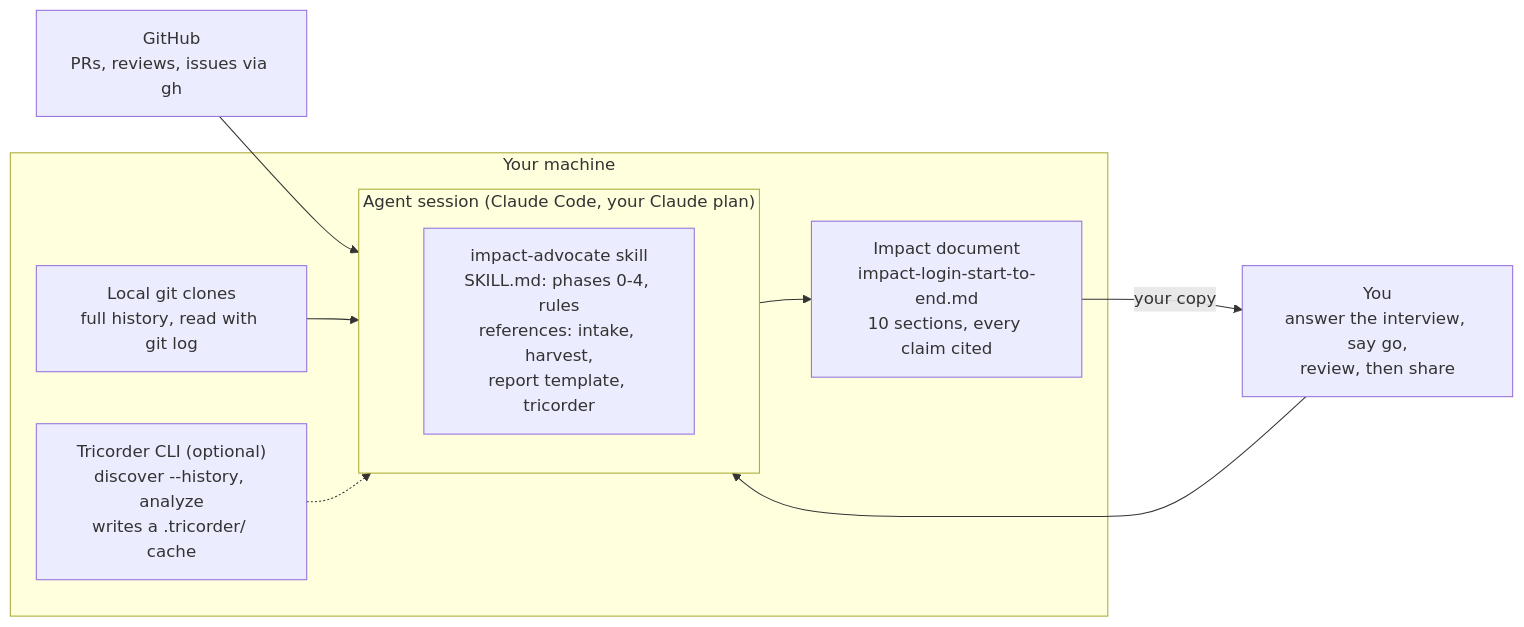
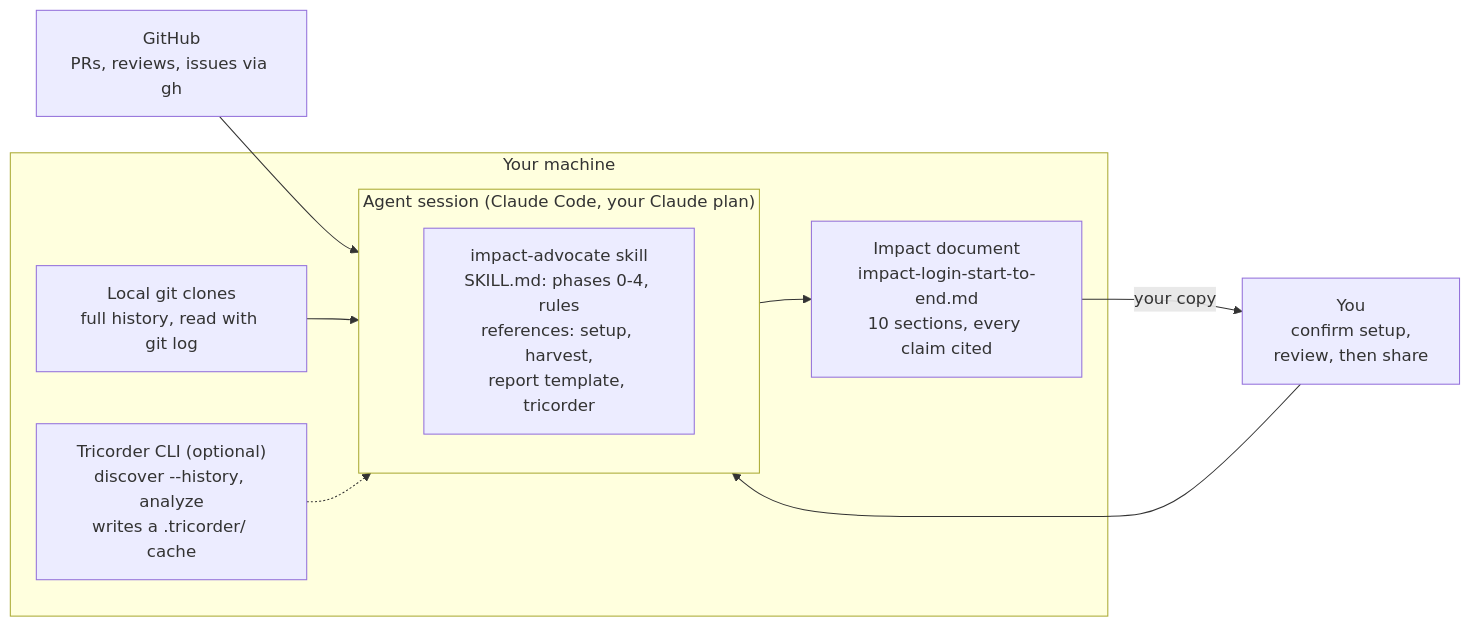
The diagram in docs/IMPACT-ADVOCATE-SPEC.md (dhk/tricorder), drawn with Mermaid before and after one commit. The commit also changed other lines of this file and 10 other files, not shown here.

First line of the commit message:
impact-advocate: one-command install and self-guided setup

````diff
--- a/docs/IMPACT-ADVOCATE-SPEC.md
+++ b/docs/IMPACT-ADVOCATE-SPEC.md
@@ -40,19 +40,19 @@
 ```mermaid
 flowchart LR
-    you["You<br/>answer the interview, say go,<br/>review, then share"]
+    you["You<br/>confirm setup,<br/>review, then share"]
     gh["GitHub<br/>PRs, reviews, issues via gh"]
     subgraph machine["Your machine"]
         subgraph agent["Agent session (Claude Code, your Claude plan)"]
-            skill["impact-advocate skill<br/>SKILL.md: phases 0-4, rules<br/>references: intake, harvest,<br/>report template, tricorder"]
+            skill["impact-advocate skill<br/>SKILL.md: phases 0-4, rules<br/>references: setup, harvest,<br/>report template, tricorder"]
         end
         clones["Local git clones<br/>full history, read with git log"]
         tc["Tricorder CLI (optional)<br/>discover --history, analyze<br/>writes a .tricorder/ cache"]
         doc["Impact document<br/>impact-login-start-to-end.md<br/>10 sections, every claim cited"]
     end
     you --> agent
     gh --> agent
     clones --> agent
     tc -.-> agent
     agent --> doc
     doc -- your copy --> you
 ```
````
